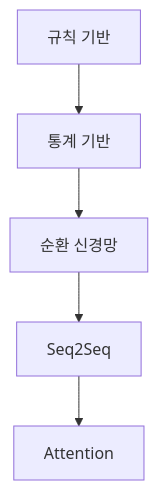
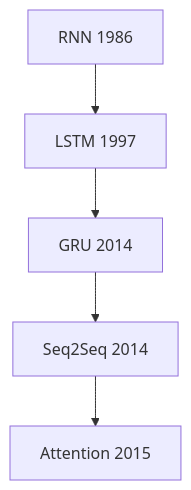
Before and after one commit to umyunsang/edu: the first of 4 diagrams in ComputerScience/03_ai-ml-data/large-language-models/notes/01. NLP 처리에서 어텐션까지.md, drawn with Mermaid. The commit also changed other lines of this file, not shown here.

````diff
--- a/ComputerScience/03_ai-ml-data/large-language-models/notes/01. NLP 처리에서 어텐션까지.md
+++ b/ComputerScience/03_ai-ml-data/large-language-models/notes/01. NLP 처리에서 어텐션까지.md
@@ -39,7 +42,7 @@
 ```mermaid
 flowchart TB
-    A[규칙 기반] --> B[통계 기반]
-    B --> C[순환 신경망]
-    C --> D[Seq2Seq]
-    D --> E[Attention]
+    A[RNN 1986] --> B[LSTM 1997]
+    B --> C[GRU 2014]
+    C --> D[Seq2Seq 2014]
+    D --> E[Attention 2015]
 ```
````
